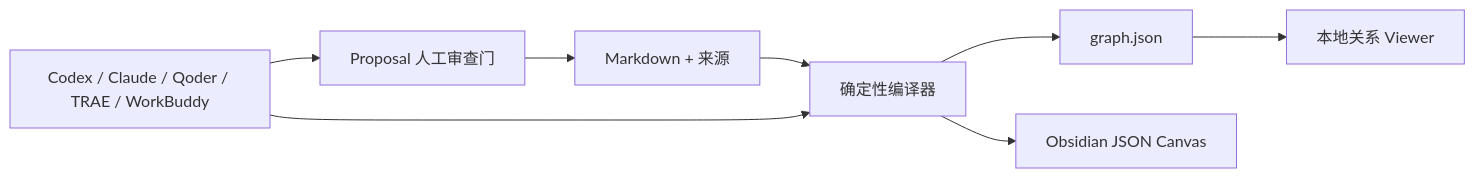
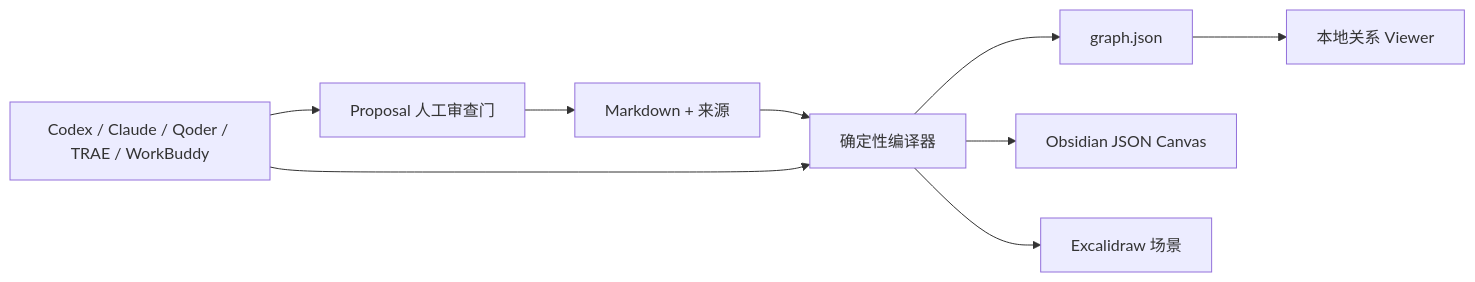
The diagram in README.zh-CN.md (chicogong/llm-wiki-canvas), drawn with Mermaid before and after one commit. The commit also changed other lines of this file and 16 other files, not shown here.

````diff
--- a/README.zh-CN.md
+++ b/README.zh-CN.md
@@ -170,10 +175,11 @@
 ```mermaid
 flowchart LR
   M["Markdown + 来源"] --> C["确定性编译器"]
   C --> G["graph.json"]
   C --> J["Obsidian JSON Canvas"]
+  C --> E["Excalidraw 场景"]
   G --> V["本地关系 Viewer"]
   S["Codex / Claude / Qoder / TRAE / WorkBuddy"] --> P["Proposal 人工审查门"]
   P --> M
   S --> C
 ```
````
